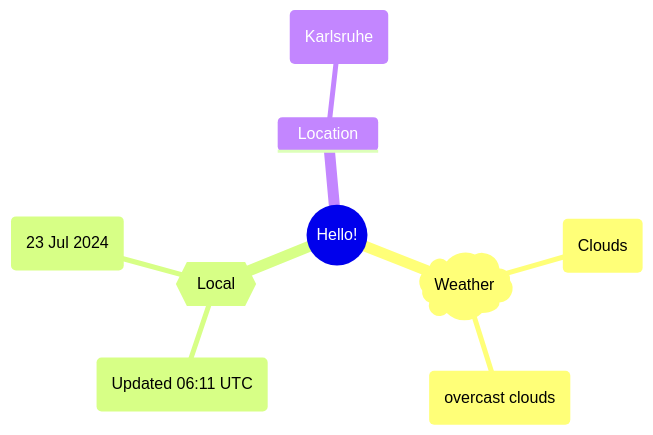
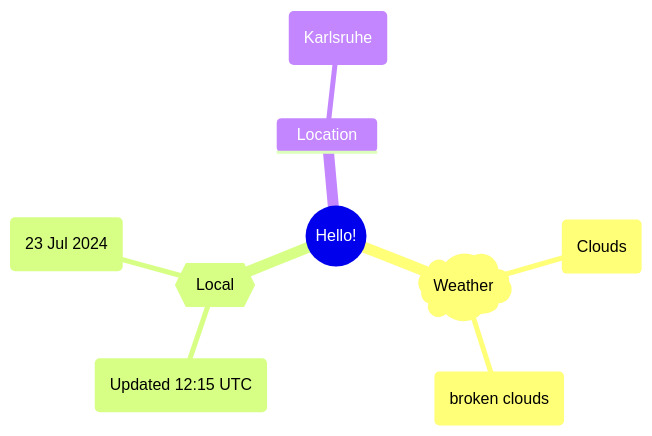
One commit to Xosrov/Xosrov changed the first of 2 diagrams in README.md. Above: the diagram before and after it, drawn with Mermaid.

Commit message:
[bot] updated images

````diff
--- a/README.md
+++ b/README.md
@@ -3,12 +3,12 @@
 ```mermaid
 mindmap
   root((Hello!))
     )Weather(
         (Clouds)
-        (overcast clouds)
+        (broken clouds)
     {{Local}}
-        (Updated 06:11 UTC)
+        (Updated 12:15 UTC)
         (23 Jul 2024)
     Location
         (Karlsruhe)
 ```
````
